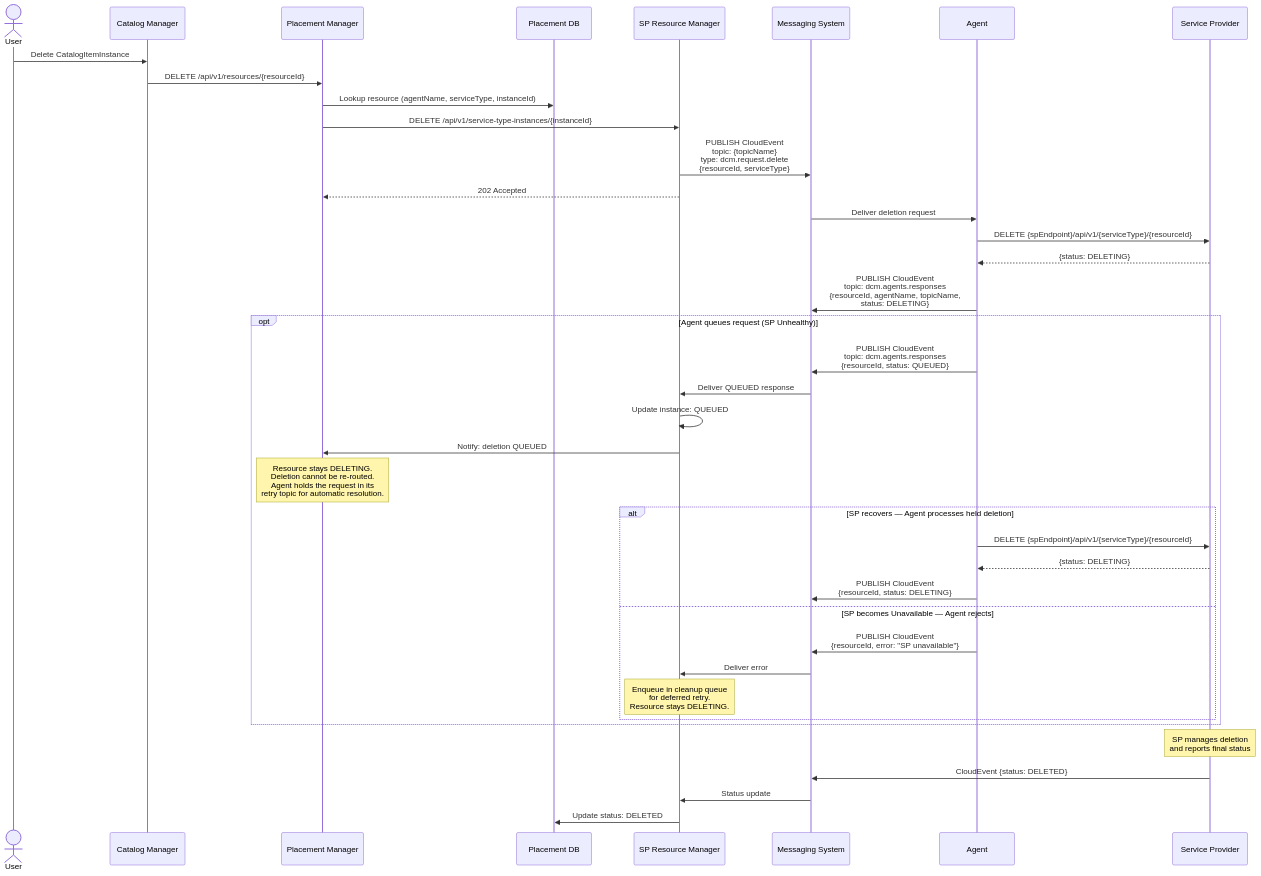
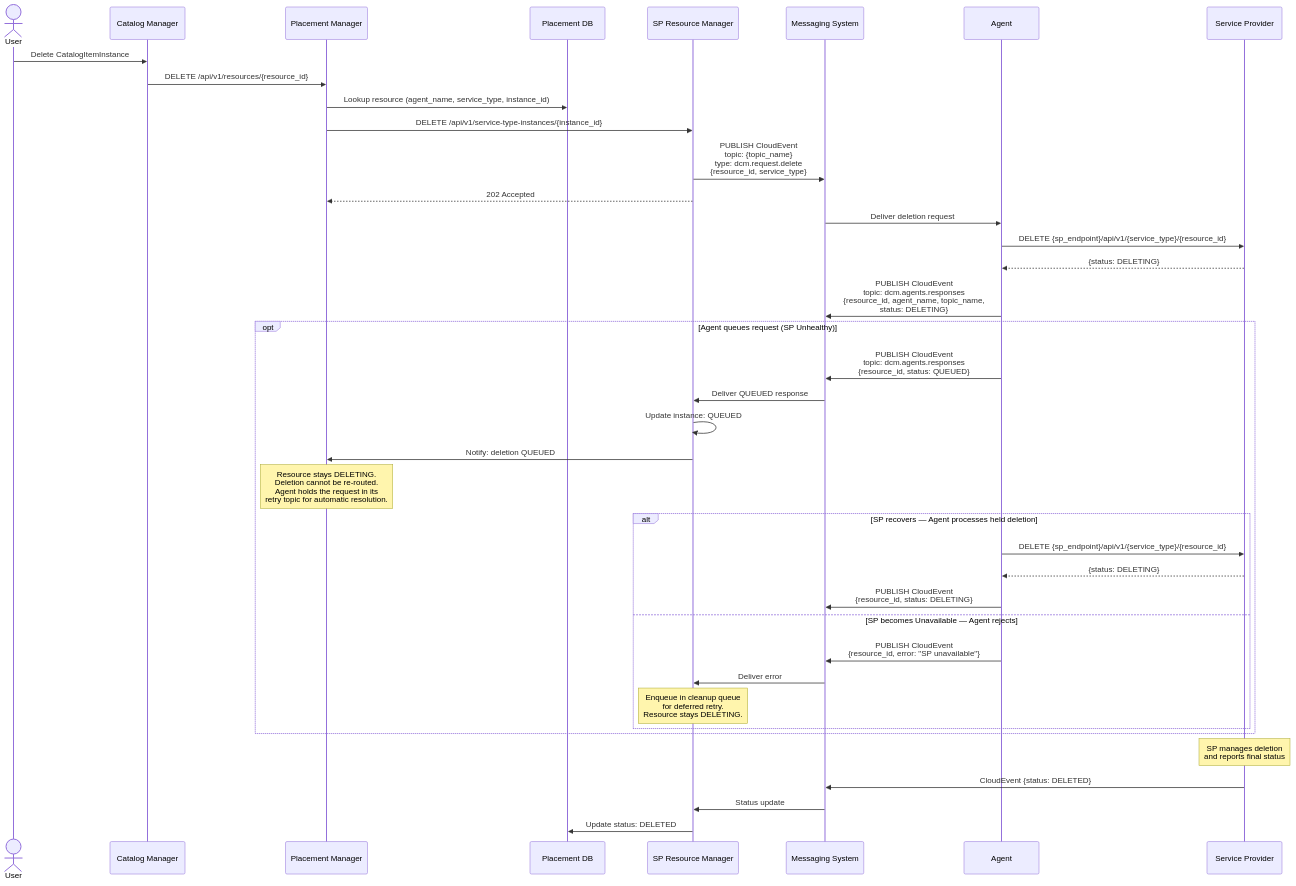
One commit to dcm-project/enhancements changed diagram 23 of 23 in enhancements/user-flows/user-flows.md. Above: the diagram before and after it, drawn with Mermaid. The commit also changed other lines of this file and 19 other files, not shown here.

````diff
--- a/enhancements/user-flows/user-flows.md
+++ b/enhancements/user-flows/user-flows.md
@@ -1147,48 +1147,48 @@
 ```mermaid
 sequenceDiagram
     actor User
     participant CM as Catalog Manager
     participant PM as Placement Manager
     participant DB as Placement DB
     participant SPRM as SP Resource Manager
     participant MS as Messaging System
     participant AG as Agent
     participant SP as Service Provider
 
     User->>CM: Delete CatalogItemInstance
-    CM->>PM: DELETE /api/v1/resources/{resourceId}
-    PM->>DB: Lookup resource (agentName, serviceType, instanceId)
+    CM->>PM: DELETE /api/v1/resources/{resource_id}
+    PM->>DB: Lookup resource (agent_name, service_type, instance_id)
 
-    PM->>SPRM: DELETE /api/v1/service-type-instances/{instanceId}
-    SPRM->>MS: PUBLISH CloudEvent<br/>topic: {topicName}<br/>type: dcm.request.delete<br/>{resourceId, serviceType}
+    PM->>SPRM: DELETE /api/v1/service-type-instances/{instance_id}
+    SPRM->>MS: PUBLISH CloudEvent<br/>topic: {topic_name}<br/>type: dcm.request.delete<br/>{resource_id, service_type}
     SPRM-->>PM: 202 Accepted
 
     MS->>AG: Deliver deletion request
-    AG->>SP: DELETE {spEndpoint}/api/v1/{serviceType}/{resourceId}
+    AG->>SP: DELETE {sp_endpoint}/api/v1/{service_type}/{resource_id}
     SP-->>AG: {status: DELETING}
-    AG->>MS: PUBLISH CloudEvent<br/>topic: dcm.agents.responses<br/>{resourceId, agentName, topicName,<br/>status: DELETING}
+    AG->>MS: PUBLISH CloudEvent<br/>topic: dcm.agents.responses<br/>{resource_id, agent_name, topic_name,<br/>status: DELETING}
 
     opt Agent queues request (SP Unhealthy)
-        AG->>MS: PUBLISH CloudEvent<br/>topic: dcm.agents.responses<br/>{resourceId, status: QUEUED}
+        AG->>MS: PUBLISH CloudEvent<br/>topic: dcm.agents.responses<br/>{resource_id, status: QUEUED}
         MS->>SPRM: Deliver QUEUED response
         SPRM->>SPRM: Update instance: QUEUED
         SPRM->>PM: Notify: deletion QUEUED
 
         Note over PM: Resource stays DELETING.<br/>Deletion cannot be re-routed.<br/>Agent holds the request in its<br/>retry topic for automatic resolution.
 
         alt SP recovers — Agent processes held deletion
-            AG->>SP: DELETE {spEndpoint}/api/v1/{serviceType}/{resourceId}
+            AG->>SP: DELETE {sp_endpoint}/api/v1/{service_type}/{resource_id}
             SP-->>AG: {status: DELETING}
-            AG->>MS: PUBLISH CloudEvent<br/>{resourceId, status: DELETING}
+            AG->>MS: PUBLISH CloudEvent<br/>{resource_id, status: DELETING}
         else SP becomes Unavailable — Agent rejects
-            AG->>MS: PUBLISH CloudEvent<br/>{resourceId, error: "SP unavailable"}
+            AG->>MS: PUBLISH CloudEvent<br/>{resource_id, error: "SP unavailable"}
             MS->>SPRM: Deliver error
             Note over SPRM: Enqueue in cleanup queue<br/>for deferred retry.<br/>Resource stays DELETING.
         end
     end
 
     Note over SP: SP manages deletion<br/>and reports final status
     SP->>MS: CloudEvent {status: DELETED}
     MS->>SPRM: Status update
     SPRM->>DB: Update status: DELETED
 ```
````
